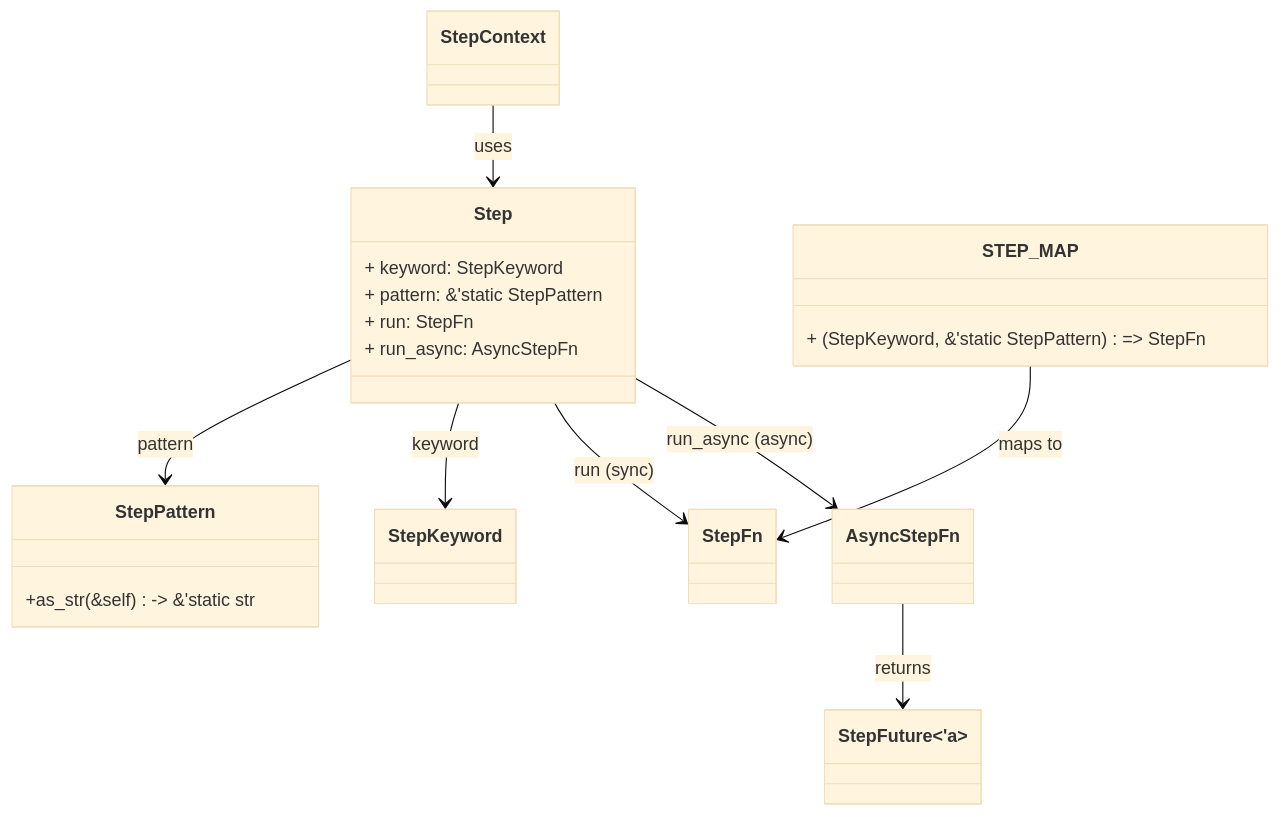
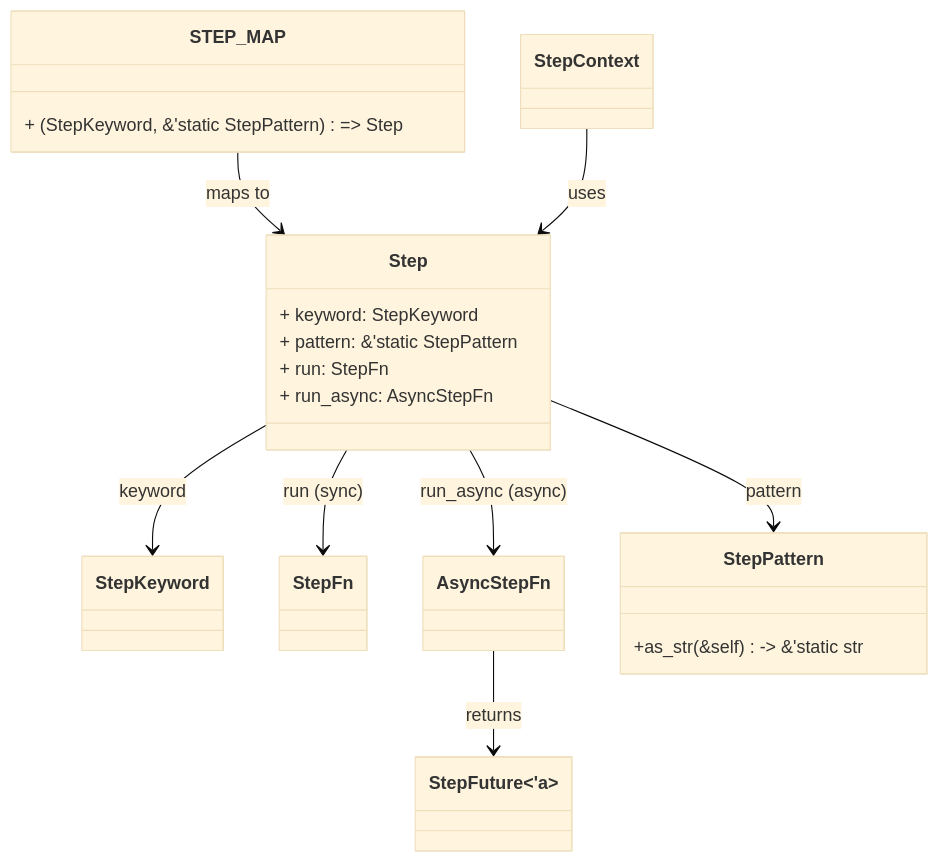
One commit to leynos/rstest-bdd changed the sixth of 18 diagrams in docs/rstest-bdd-design.md. Above: the diagram before and after it, drawn with Mermaid (base theme). The commit also changed other lines of this file and 1 other file, not shown here.

First line of the commit message:
docs(rstest-bdd-design): clarify sync and async step handling in BDD design docs

````diff
--- a/docs/rstest-bdd-design.md
+++ b/docs/rstest-bdd-design.md
@@ -920,25 +920,25 @@
 ```mermaid
 classDiagram
     class Step {
         + keyword: StepKeyword
         + pattern: &'static StepPattern
         + run: StepFn
         + run_async: AsyncStepFn
     }
     class StepKeyword
     class StepFn
     class AsyncStepFn
     class StepFuture~'a~
     class StepContext
     Step --> StepPattern : pattern
     Step --> StepKeyword : keyword
     Step --> StepFn : run (sync)
     Step --> AsyncStepFn : run_async (async)
     AsyncStepFn --> StepFuture~'a~ : returns
     class STEP_MAP {
-        + (StepKeyword, &'static StepPattern) => StepFn
+        + (StepKeyword, &'static StepPattern) => Step
     }
     StepPattern : +as_str(&self) -> &'static str
-    STEP_MAP --> StepFn : maps to
+    STEP_MAP --> Step : maps to
     StepContext --> Step : uses
 ```
````
